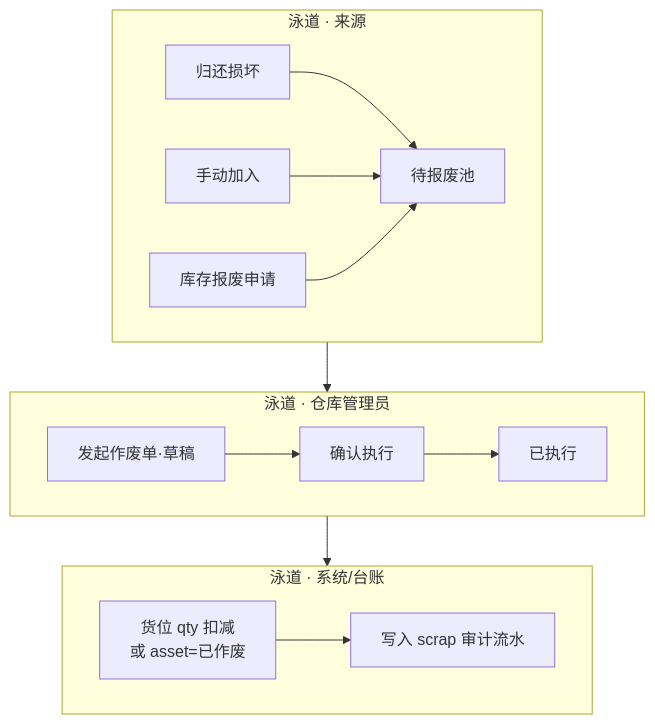
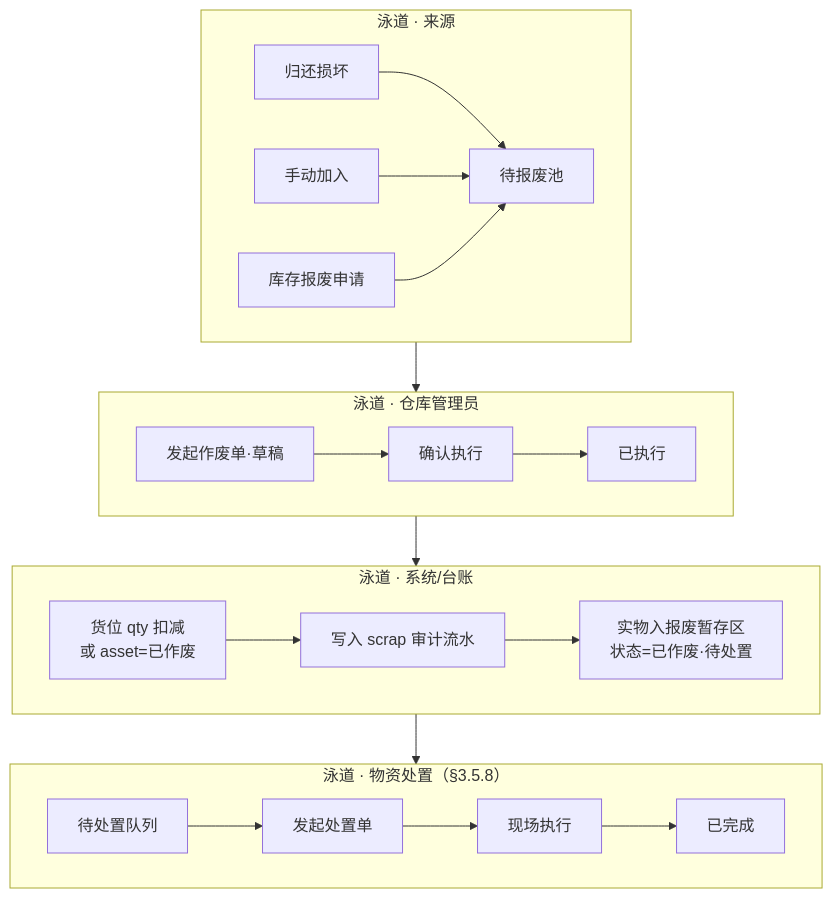
Diagram 16 of 30 in docs/prd.md (liaoliao66/wms), drawn with Mermaid before and after one commit. The commit also changed other lines of this file and 27 other files, not shown here.

````diff
--- a/docs/prd.md
+++ b/docs/prd.md
@@ -1093,22 +1096,29 @@
 ```mermaid
 flowchart TB
     subgraph src["泳道 · 来源"]
         direction LR
         S1["归还损坏"] --> S4["待报废池"]
         S2["手动加入"] --> S4
         S3["库存报废申请"] --> S4
     end
 
     subgraph scrap["泳道 · 仓库管理员"]
         direction LR
         SC1["发起作废单·草稿"] --> SC2["确认执行"] --> SC3["已执行"]
     end
 
     subgraph ledger["泳道 · 系统/台账"]
         direction LR
         L1["货位 qty 扣减<br/>或 asset=已作废"] --> L2["写入 scrap 审计流水"]
+        L2 --> L3["实物入报废暂存区<br/>状态=已作废·待处置"]
+    end
+
+    subgraph disposal["泳道 · 物资处置（§3.5.8）"]
+        direction LR
+        D1["待处置队列"] --> D2["发起处置单"] --> D3["现场执行"] --> D4["已完成"]
     end
 
     S4 --> SC1
     SC3 --> L1
+    L3 --> D1
 ```
````
